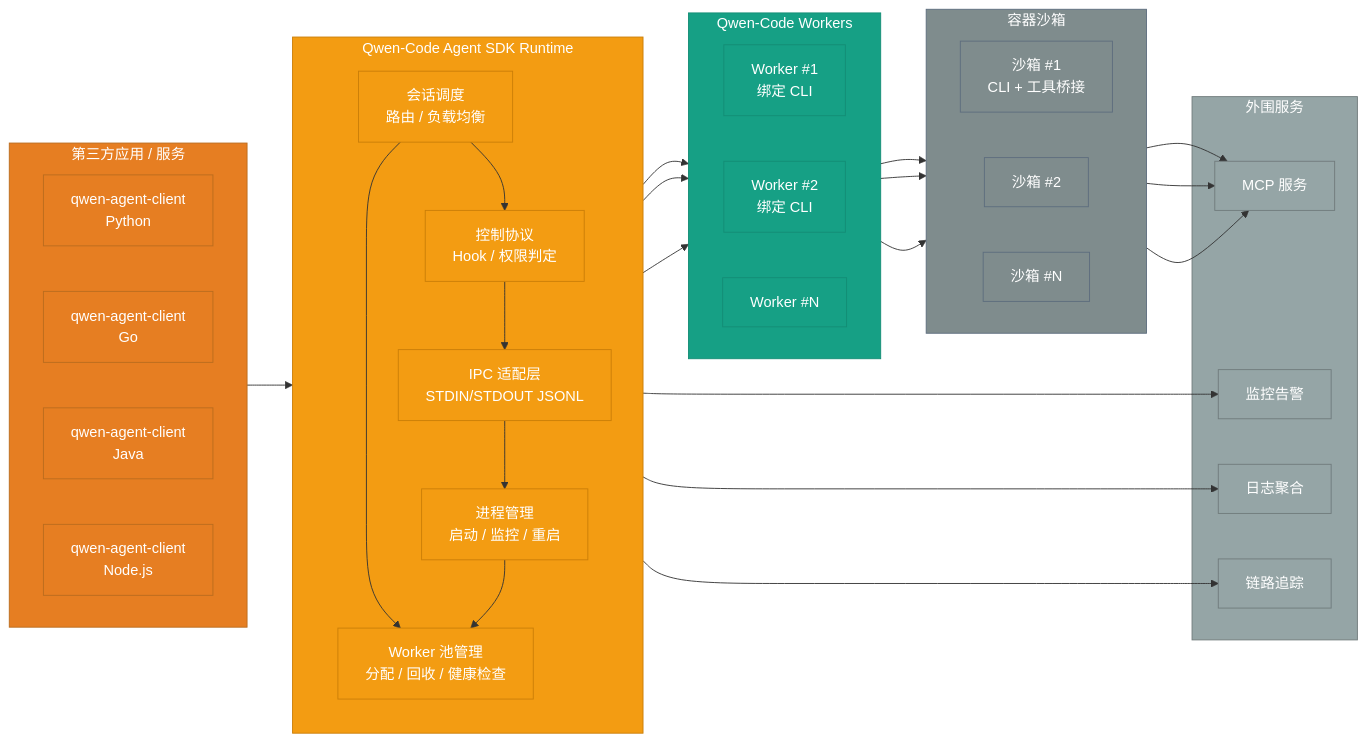
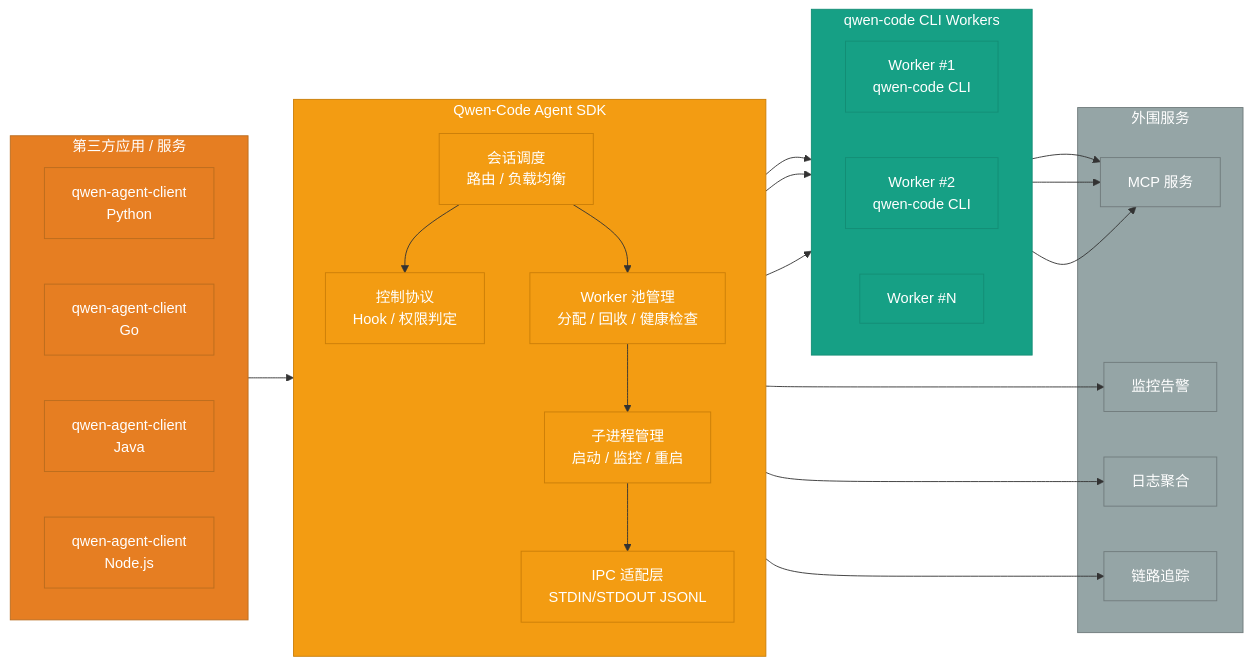
Before and after one commit to x22x22/qwen-code: the diagram in docs/rfc/qwen-code-agent-framework-rfc_cn.md, drawn with Mermaid. The commit also changed other lines of this file, not shown here.

Commit message:
refactor: clarify Qwen-Code Agent SDK documentation and improve component descriptions

````diff
--- a/docs/rfc/qwen-code-agent-framework-rfc_cn.md
+++ b/docs/rfc/qwen-code-agent-framework-rfc_cn.md
@@ -30,73 +30,59 @@
 ```mermaid
 flowchart LR
     subgraph Clients["第三方应用 / 服务"]
         direction LR
         PythonSDK["qwen-agent-client<br/>Python"]
         GoSDK["qwen-agent-client<br/>Go"]
         JavaSDK["qwen-agent-client<br/>Java"]
         NodeSDK["qwen-agent-client<br/>Node.js"]
     end
 
-    subgraph AgentRuntime["Qwen-Code Agent SDK Runtime"]
+    subgraph AgentSDK["Qwen-Code Agent SDK"]
         direction TB
         Router["会话调度<br/>路由 / 负载均衡"]
         ControlPlane["控制协议<br/>Hook / 权限判定"]
-        ProcessMgr["进程管理<br/>启动 / 监控 / 重启"]
+        WorkerPool["Worker 池管理<br/>分配 / 回收 / 健康检查"]
+        ProcessMgr["子进程管理<br/>启动 / 监控 / 重启"]
         IPC["IPC 适配层<br/>STDIN/STDOUT JSONL"]
-        WorkerPool["Worker 池管理<br/>分配 / 回收 / 健康检查"]
     end
 
-    subgraph Workers["Qwen-Code Workers"]
+    subgraph Workers["qwen-code CLI Workers"]
         direction LR
-        Worker1["Worker #1<br/>绑定 CLI"]
-        Worker2["Worker #2<br/>绑定 CLI"]
+        Worker1["Worker #1<br/>qwen-code CLI"]
+        Worker2["Worker #2<br/>qwen-code CLI"]
         WorkerN["Worker #N"]
-    end
-
-    subgraph Sandboxes["容器沙箱"]
-        direction LR
-        Sandbox1["沙箱 #1<br/>CLI + 工具桥接"]
-        Sandbox2["沙箱 #2"]
-        SandboxN["沙箱 #N"]
     end
 
     subgraph Services["外围服务"]
         MCP["MCP 服务"]
         Monitor["监控告警"]
         Logger["日志聚合"]
         Trace["链路追踪"]
     end
 
     Clients --> Router
     Router --> ControlPlane
     Router --> WorkerPool
-    ControlPlane --> IPC
-    IPC --> ProcessMgr
-    ProcessMgr --> WorkerPool
-    WorkerPool --> Worker1
-    WorkerPool --> Worker2
-    WorkerPool --> WorkerN
+    WorkerPool --> ProcessMgr
+    ProcessMgr --> IPC
+    IPC --> Worker1
+    IPC --> Worker2
+    IPC --> WorkerN
 
-    Worker1 --> Sandbox1
-    Worker2 --> Sandbox2
-    WorkerN --> SandboxN
-
-    Sandbox1 --> MCP
-    Sandbox2 --> MCP
-    SandboxN --> MCP
+    Worker1 --> MCP
+    Worker2 --> MCP
+    WorkerN --> MCP
 
     Router --> Monitor
     Router --> Logger
     Router --> Trace
 
     classDef clientStyle fill:#e67e22,stroke:#ba6c1e,color:#fff
-    classDef runtimeStyle fill:#f39c12,stroke:#ca7e08,color:#fff
+    classDef sdkStyle fill:#f39c12,stroke:#ca7e08,color:#fff
     classDef workerStyle fill:#16a085,stroke:#138d75,color:#fff
-    classDef sandboxStyle fill:#7f8c8d,stroke:#5d6d7e,color:#fff
     classDef serviceStyle fill:#95a5a6,stroke:#707b7c,color:#fff
     class Clients,PythonSDK,GoSDK,JavaSDK,NodeSDK clientStyle
-    class AgentRuntime,Router,ControlPlane,ProcessMgr,IPC,WorkerPool runtimeStyle
+    class AgentSDK,Router,ControlPlane,ProcessMgr,IPC,WorkerPool sdkStyle
     class Workers,Worker1,Worker2,WorkerN workerStyle
-    class Sandboxes,Sandbox1,Sandbox2,SandboxN sandboxStyle
     class Services,MCP,Monitor,Logger,Trace serviceStyle
 ```
````
